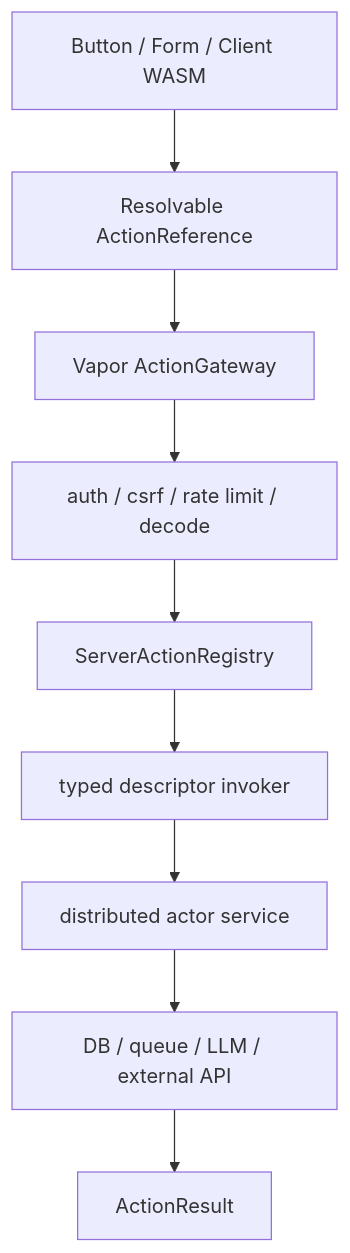
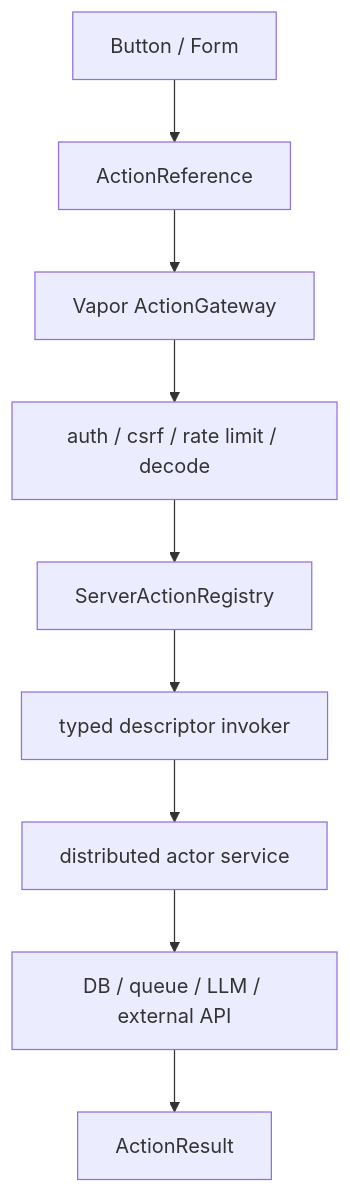
Before and after one commit to 1amageek/swift-web: the sixth of 9 diagrams in Sources/SwiftWeb/README.md, drawn with Mermaid. The commit also changed other lines of this file and 40 other files, not shown here.

````diff
--- a/Sources/SwiftWeb/README.md
+++ b/Sources/SwiftWeb/README.md
@@ -171,11 +220,11 @@
 ```mermaid
 flowchart TD
-  A["Button / Form / Client WASM"] --> B["Resolvable ActionReference"]
+  A["Button / Form"] --> B["ActionReference"]
   B --> C["Vapor ActionGateway"]
   C --> D["auth / csrf / rate limit / decode"]
   D --> E["ServerActionRegistry"]
   E --> F["typed descriptor invoker"]
   F --> G["distributed actor service"]
   G --> H["DB / queue / LLM / external API"]
   H --> I["ActionResult"]
 ```
````
